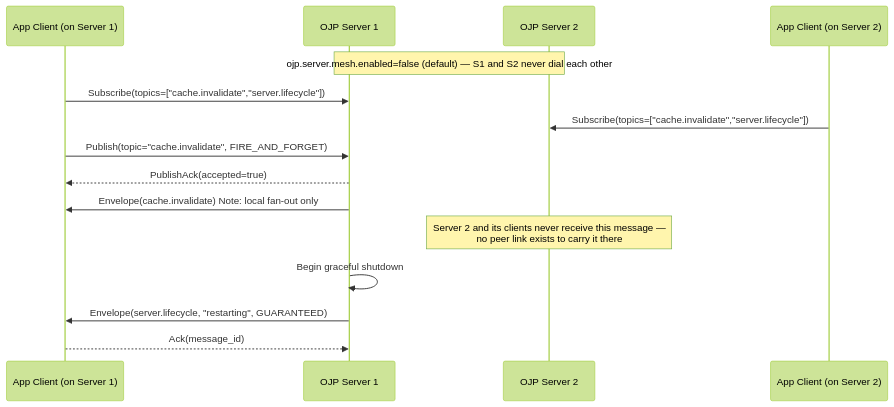
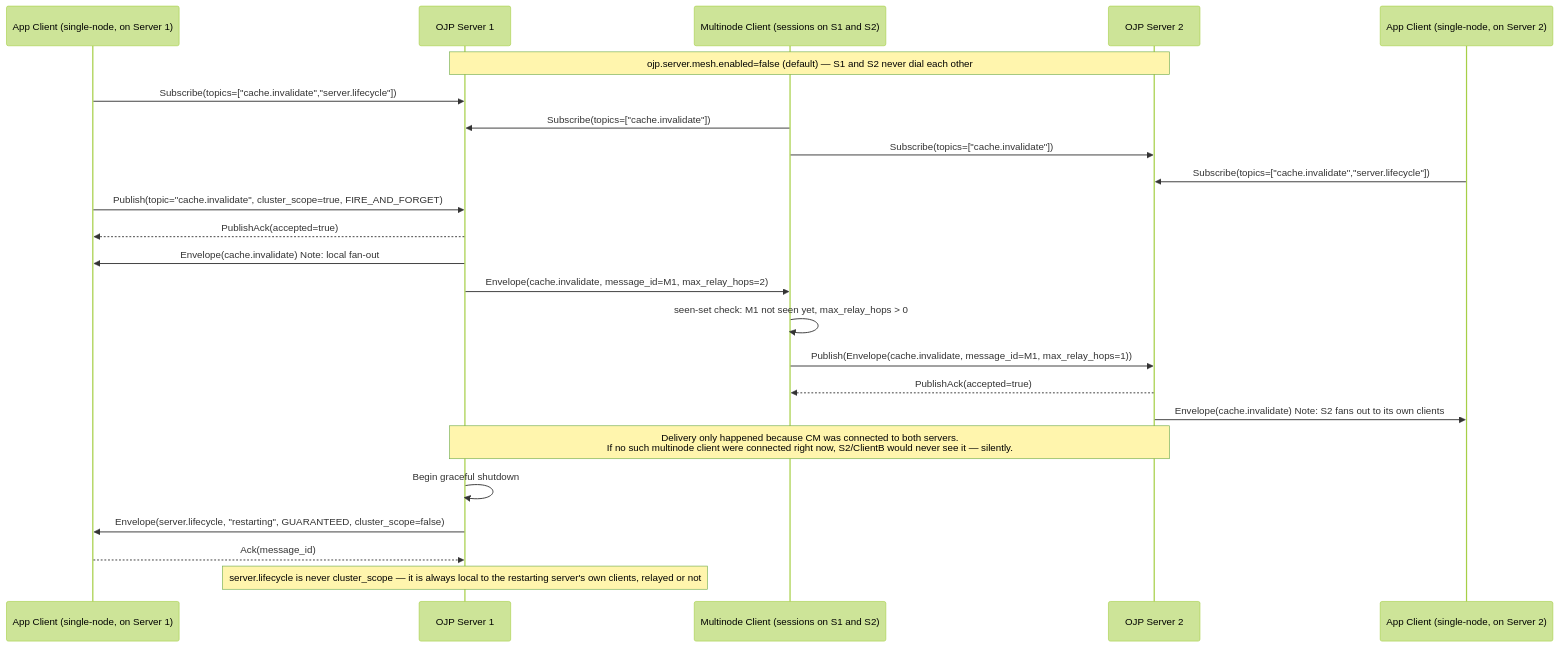
One commit to Open-JDBC-Proxy/ojp changed the third of 4 diagrams in documents/analysis/OJP_MESSAGING_PROTOCOL_ANALYSIS.md. Above: the diagram before and after it, drawn with Mermaid (forest theme). The commit also changed other lines of this file and 1 other file, not shown here.

Commit message:
Rework Mesh OFF as client-relay mode with pros/cons vs direct mesh

````diff
--- a/documents/analysis/OJP_MESSAGING_PROTOCOL_ANALYSIS.md
+++ b/documents/analysis/OJP_MESSAGING_PROTOCOL_ANALYSIS.md
@@ -490,22 +620,32 @@
 ```mermaid
 sequenceDiagram
-    participant ClientA as App Client (on Server 1)
+    participant ClientA as App Client (single-node, on Server 1)
     participant S1 as OJP Server 1
+    participant CM as Multinode Client (sessions on S1 and S2)
     participant S2 as OJP Server 2
-    participant ClientB as App Client (on Server 2)
+    participant ClientB as App Client (single-node, on Server 2)
 
     Note over S1,S2: ojp.server.mesh.enabled=false (default) — S1 and S2 never dial each other
 
     ClientA->>S1: Subscribe(topics=["cache.invalidate","server.lifecycle"])
+    CM->>S1: Subscribe(topics=["cache.invalidate"])
+    CM->>S2: Subscribe(topics=["cache.invalidate"])
     ClientB->>S2: Subscribe(topics=["cache.invalidate","server.lifecycle"])
 
-    ClientA->>S1: Publish(topic="cache.invalidate", FIRE_AND_FORGET)
+    ClientA->>S1: Publish(topic="cache.invalidate", cluster_scope=true, FIRE_AND_FORGET)
     S1-->>ClientA: PublishAck(accepted=true)
-    S1->>ClientA: Envelope(cache.invalidate)  Note: local fan-out only
+    S1->>ClientA: Envelope(cache.invalidate)  Note: local fan-out
+    S1->>CM: Envelope(cache.invalidate, message_id=M1, max_relay_hops=2)
 
-    Note over S2: Server 2 and its clients never receive this message —<br/>no peer link exists to carry it there
+    CM->>CM: seen-set check: M1 not seen yet, max_relay_hops > 0
+    CM->>S2: Publish(Envelope(cache.invalidate, message_id=M1, max_relay_hops=1))
+    S2-->>CM: PublishAck(accepted=true)
+    S2->>ClientB: Envelope(cache.invalidate)  Note: S2 fans out to its own clients
+
+    Note over S1,S2: Delivery only happened because CM was connected to both servers.<br/>If no such multinode client were connected right now, S2/ClientB would never see it — silently.
 
     S1->>S1: Begin graceful shutdown
-    S1->>ClientA: Envelope(server.lifecycle, "restarting", GUARANTEED)
+    S1->>ClientA: Envelope(server.lifecycle, "restarting", GUARANTEED, cluster_scope=false)
     ClientA-->>S1: Ack(message_id)
+    Note over S1: server.lifecycle is never cluster_scope — it is always local to the restarting server's own clients, relayed or not
 ```
````
